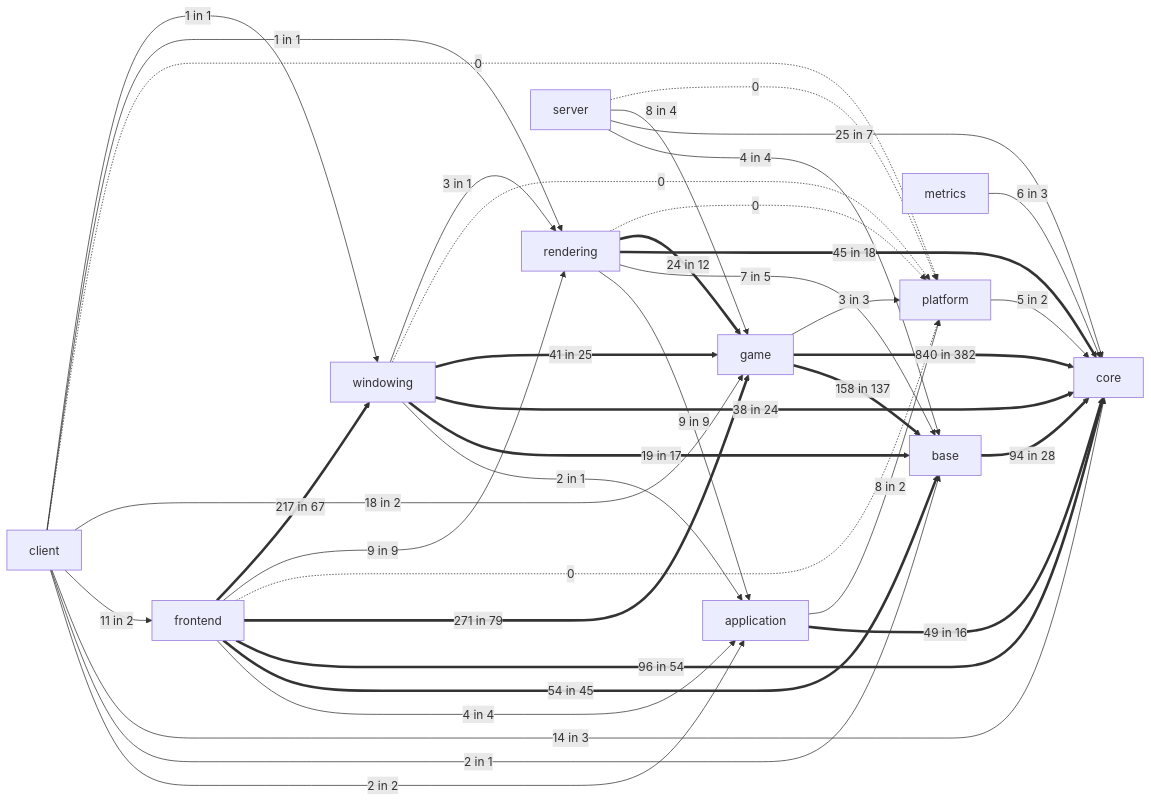
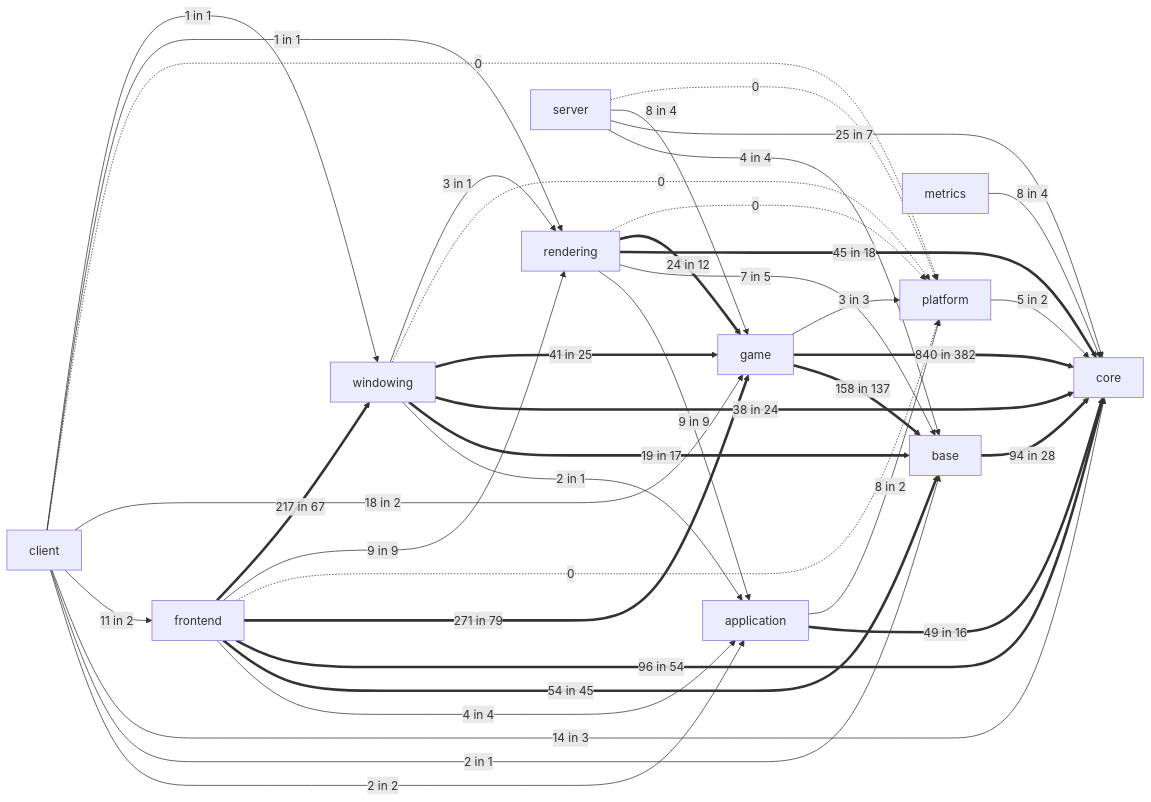
One commit to apnex/OpenStarbound changed the fifth of 11 diagrams in docs/architecture/system-boundaries.md. Above: the diagram before and after it, drawn with Mermaid. The commit also changed other lines of this file and 4 other files, not shown here.

````diff
--- a/docs/architecture/system-boundaries.md
+++ b/docs/architecture/system-boundaries.md
@@ -401,41 +401,41 @@
 ```mermaid
 flowchart LR
   base ==>|94 in 28| core
-  metrics -->|6 in 3| core
+  metrics -->|8 in 4| core
   platform -->|5 in 2| core
   application ==>|49 in 16| core
   application -->|8 in 2| platform
   game ==>|158 in 137| base
   game ==>|840 in 382| core
   game -->|3 in 3| platform
   rendering -->|9 in 9| application
   rendering -->|7 in 5| base
   rendering ==>|45 in 18| core
   rendering ==>|24 in 12| game
   rendering -.->|0| platform
   windowing -->|2 in 1| application
   windowing ==>|19 in 17| base
   windowing ==>|38 in 24| core
   windowing ==>|41 in 25| game
   windowing -.->|0| platform
   windowing -->|3 in 1| rendering
   frontend -->|4 in 4| application
   frontend ==>|54 in 45| base
   frontend ==>|96 in 54| core
   frontend ==>|271 in 79| game
   frontend -.->|0| platform
   frontend -->|9 in 9| rendering
   frontend ==>|217 in 67| windowing
   client -->|2 in 2| application
   client -->|2 in 1| base
   client -->|14 in 3| core
   client -->|11 in 2| frontend
   client -->|18 in 2| game
   client -.->|0| platform
   client -->|1 in 1| rendering
   client -->|1 in 1| windowing
   server -->|4 in 4| base
   server -->|25 in 7| core
   server -->|8 in 4| game
   server -.->|0| platform
 ```
````
